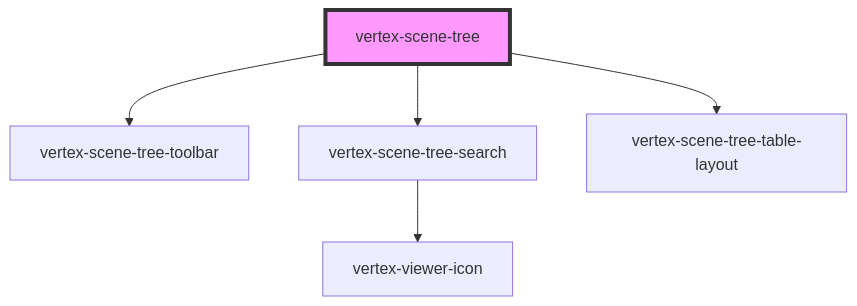
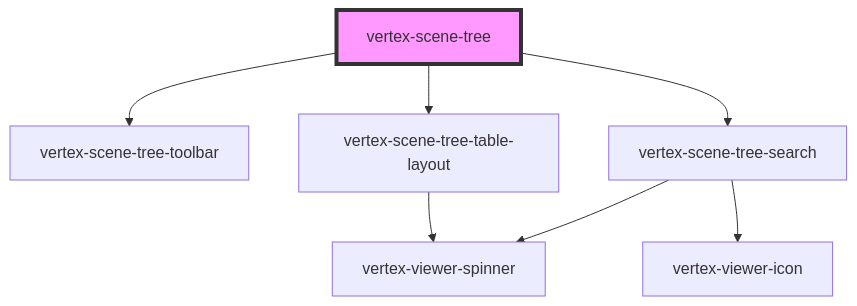
The diagram in packages/viewer/src/components/scene-tree/readme.md (Vertexvis/vertex-web-sdk), drawn with Mermaid before and after one commit. The commit also changed other lines of this file and 15 other files, not shown here.

Commit message:
[PLAT-1664] Adding UX Loading improvements to the scene tree

````diff
--- a/packages/viewer/src/components/scene-tree/readme.md
+++ b/packages/viewer/src/components/scene-tree/readme.md
@@ -504,8 +504,10 @@
 ```mermaid
 graph TD;
   vertex-scene-tree --> vertex-scene-tree-toolbar
   vertex-scene-tree --> vertex-scene-tree-search
   vertex-scene-tree --> vertex-scene-tree-table-layout
+  vertex-scene-tree-search --> vertex-viewer-spinner
   vertex-scene-tree-search --> vertex-viewer-icon
+  vertex-scene-tree-table-layout --> vertex-viewer-spinner
   style vertex-scene-tree fill:#f9f,stroke:#333,stroke-width:4px
 ```
````
